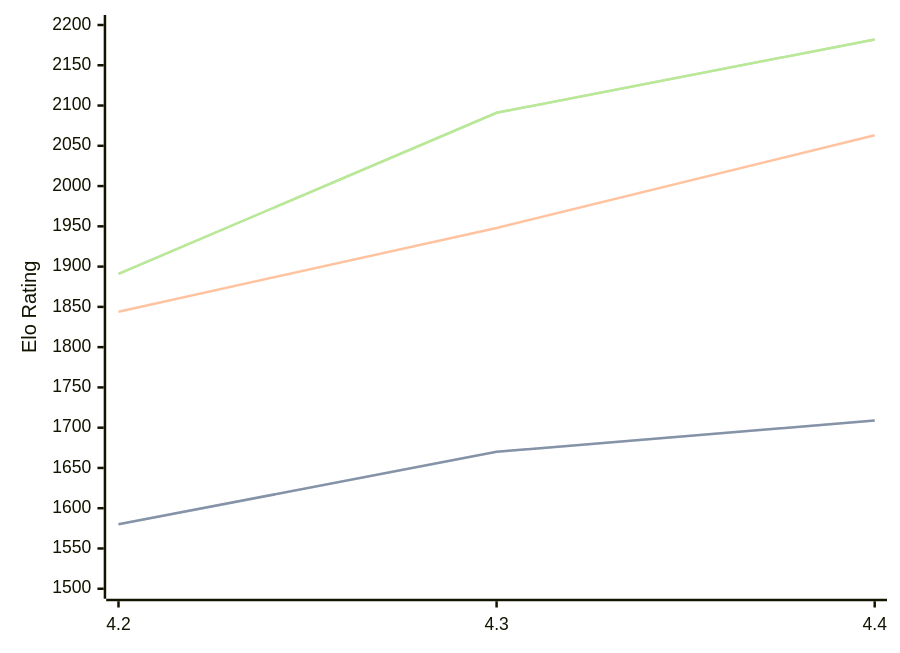
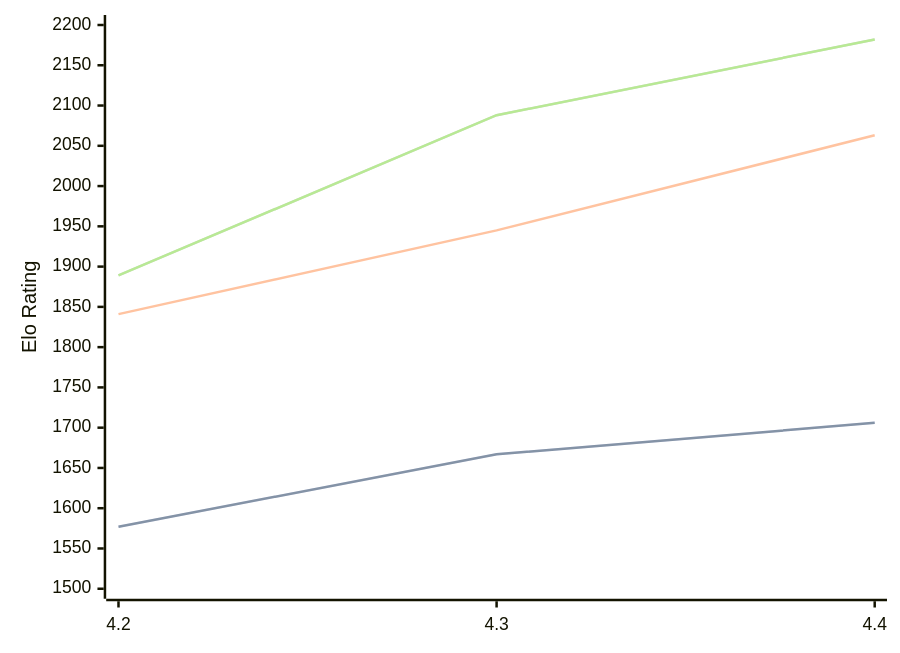
Before and after one commit to computer-chess-index/cci: the diagram in engines/Radiance.md, drawn with Mermaid. The commit also changed other lines of this file, not shown here.

Commit message:
Update CCI Ratings (ELO VLTC) - 2026-06-08

````diff
--- a/engines/Radiance.md
+++ b/engines/Radiance.md
@@ -36,11 +36,11 @@
 ```mermaid
 %%{init: {"theme":"base","themeVariables":{"seriesColors:['#a3a3a3','#222221','#faa371']}}}%%
 xychart-beta
   x-axis ["4.2", "4.3", "4.4"]
   y-axis "Elo Rating" 1500 --> 2200
-  line "STC (8.0+0.08s)" [1580, 1670, 1709]
-  line "STC (8.0+0.08s)" [1580, 1670, 1709]
-  line "LTC (60.0+0.60s)" [1844, 1948, 2063]
-  line "VLTC (2m24s+1.12s)" [1891, 2091, 2182]
-  line "VLTC (2m24s+1.12s)" [1891, 2091, 2182]
+  line "STC (8.0+0.08s)" [1577, 1667, 1706]
+  line "STC (8.0+0.08s)" [1577, 1667, 1706]
+  line "LTC (60.0+0.60s)" [1841, 1945, 2063]
+  line "VLTC (2m24s+1.12s)" [1889, 2088, 2182]
+  line "VLTC (2m24s+1.12s)" [1889, 2088, 2182]
 ```
````
